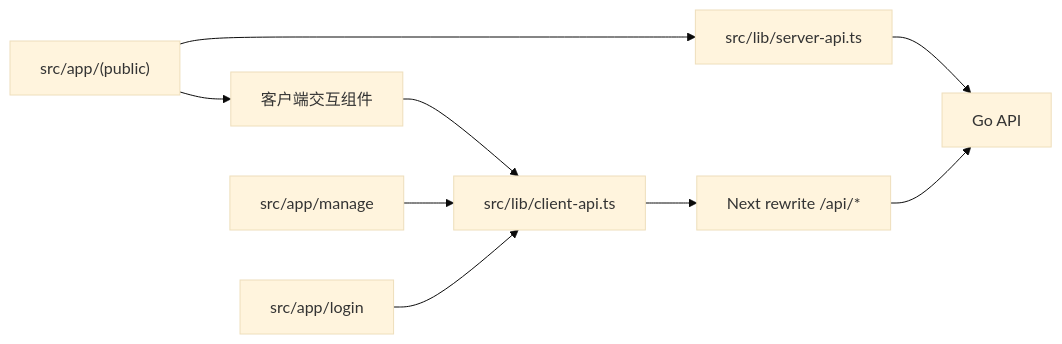
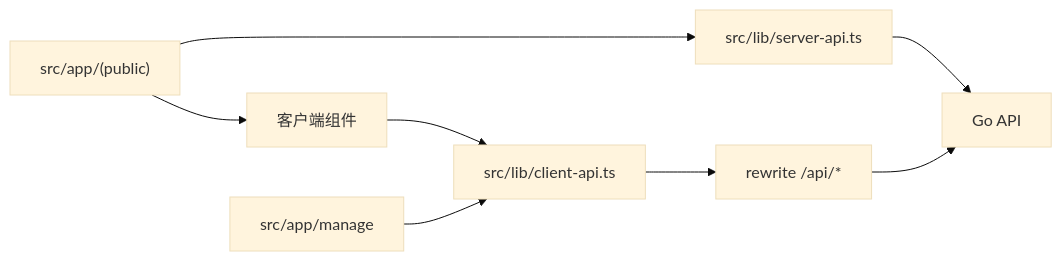
One commit to fe-spark/EcoHub changed the diagram in web/README.md. Above: the diagram before and after it, drawn with Mermaid (base theme). The commit also changed other lines of this file and 11 other files, not shown here.

````diff
--- a/web/README.md
+++ b/web/README.md
@@ -25,11 +9,10 @@
 ```mermaid
 flowchart LR
     Public["src/app/(public)"] --> ServerAPI["src/lib/server-api.ts"]
-    Public --> ClientUI["客户端交互组件"]
+    Public --> ClientUI["客户端组件"]
     ClientUI --> ClientAPI["src/lib/client-api.ts"]
     Manage["src/app/manage"] --> ClientAPI
-    Login["src/app/login"] --> ClientAPI
     ServerAPI --> Backend["Go API"]
-    ClientAPI --> Rewrite["Next rewrite /api/*"]
+    ClientAPI --> Rewrite["rewrite /api/*"]
     Rewrite --> Backend
 ```
````
